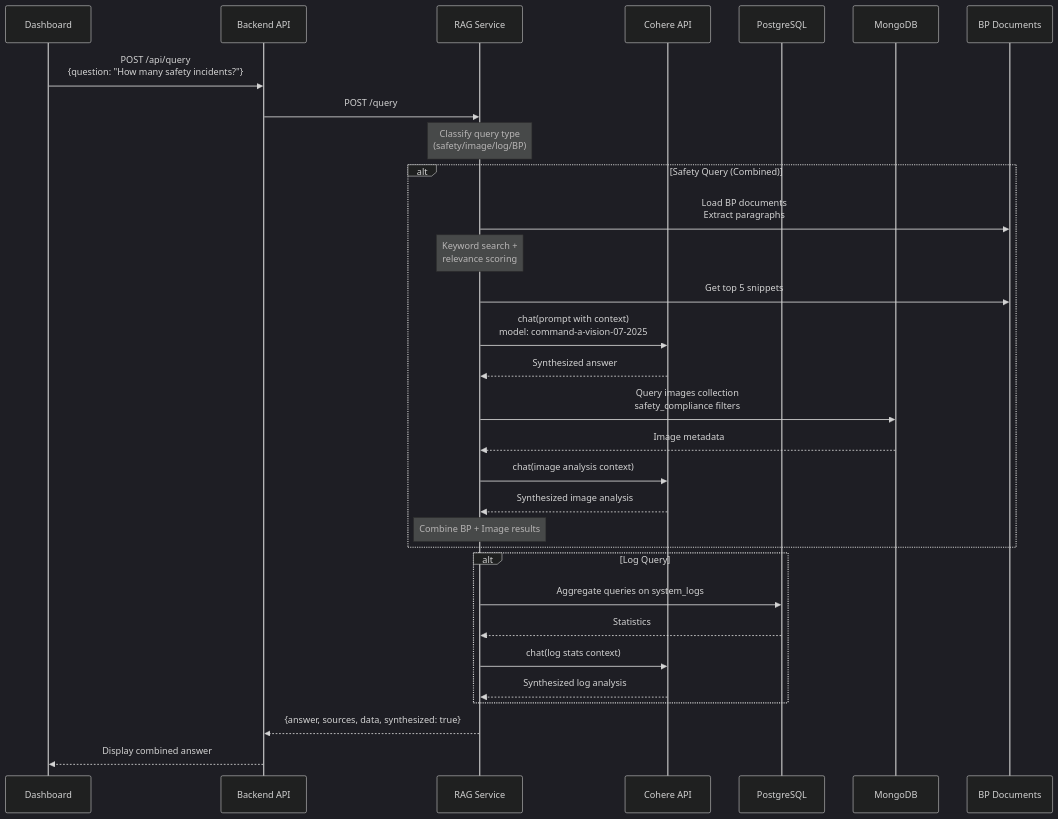
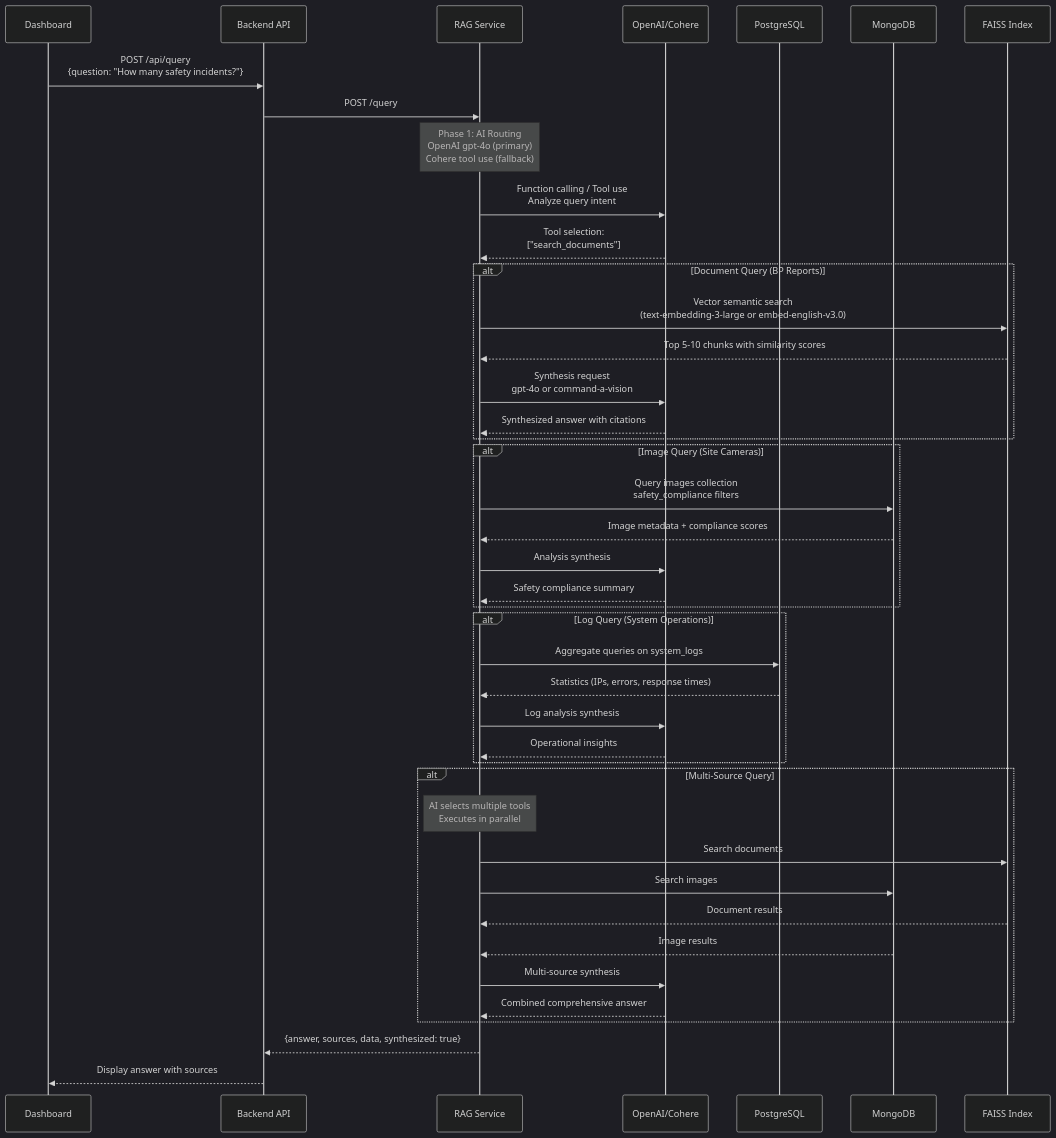
Before and after one commit to ConnectBest/EntSystemsHackaton: the third of 5 diagrams in docs/data-pipelines.md, drawn with Mermaid (dark theme). The commit also changed other lines of this file and 3 other files, not shown here.

````diff
--- a/docs/data-pipelines.md
+++ b/docs/data-pipelines.md
@@ -213,42 +213,55 @@
 ```mermaid
 sequenceDiagram
     participant UI as Dashboard
     participant API as Backend API
     participant RAG as RAG Service
-    participant COHERE as Cohere API
+    participant AI as OpenAI/Cohere
     participant PG as PostgreSQL
     participant MONGO as MongoDB
-    participant PDF as BP Documents
+    participant FAISS as FAISS Index
 
     UI->>API: POST /api/query<br/>{question: "How many safety incidents?"}
     API->>RAG: POST /query
 
-    Note over RAG: Classify query type<br/>(safety/image/log/BP)
+    Note over RAG: Phase 1: AI Routing<br/>OpenAI gpt-4o (primary)<br/>Cohere tool use (fallback)
 
-    alt Safety Query (Combined)
-        RAG->>PDF: Load BP documents<br/>Extract paragraphs
-        Note over RAG: Keyword search +<br/>relevance scoring
-        RAG->>PDF: Get top 5 snippets
+    RAG->>AI: Function calling / Tool use<br/>Analyze query intent
+    AI-->>RAG: Tool selection:<br/>["search_documents"]
 
-        RAG->>COHERE: chat(prompt with context)<br/>model: command-a-vision-07-2025
-        COHERE-->>RAG: Synthesized answer
+    alt Document Query (BP Reports)
+        RAG->>FAISS: Vector semantic search<br/>(text-embedding-3-large or embed-english-v3.0)
+        FAISS-->>RAG: Top 5-10 chunks with similarity scores
 
-        RAG->>MONGO: Query images collection<br/>safety_compliance filters
-        MONGO-->>RAG: Image metadata
-
-        RAG->>COHERE: chat(image analysis context)
-        COHERE-->>RAG: Synthesized image analysis
-
-        Note over RAG: Combine BP + Image results
+        RAG->>AI: Synthesis request<br/>gpt-4o or command-a-vision
+        AI-->>RAG: Synthesized answer with citations
     end
 
-    alt Log Query
+    alt Image Query (Site Cameras)
+        RAG->>MONGO: Query images collection<br/>safety_compliance filters
+        MONGO-->>RAG: Image metadata + compliance scores
+
+        RAG->>AI: Analysis synthesis
+        AI-->>RAG: Safety compliance summary
+    end
+
+    alt Log Query (System Operations)
         RAG->>PG: Aggregate queries on system_logs
-        PG-->>RAG: Statistics
-        RAG->>COHERE: chat(log stats context)
-        COHERE-->>RAG: Synthesized log analysis
+        PG-->>RAG: Statistics (IPs, errors, response times)
+
+        RAG->>AI: Log analysis synthesis
+        AI-->>RAG: Operational insights
+    end
+
+    alt Multi-Source Query
+        Note over RAG: AI selects multiple tools<br/>Executes in parallel
+        RAG->>FAISS: Search documents
+        RAG->>MONGO: Search images
+        FAISS-->>RAG: Document results
+        MONGO-->>RAG: Image results
+        RAG->>AI: Multi-source synthesis
+        AI-->>RAG: Combined comprehensive answer
     end
 
     RAG-->>API: {answer, sources, data, synthesized: true}
-    API-->>UI: Display combined answer
+    API-->>UI: Display answer with sources
 ```
````
